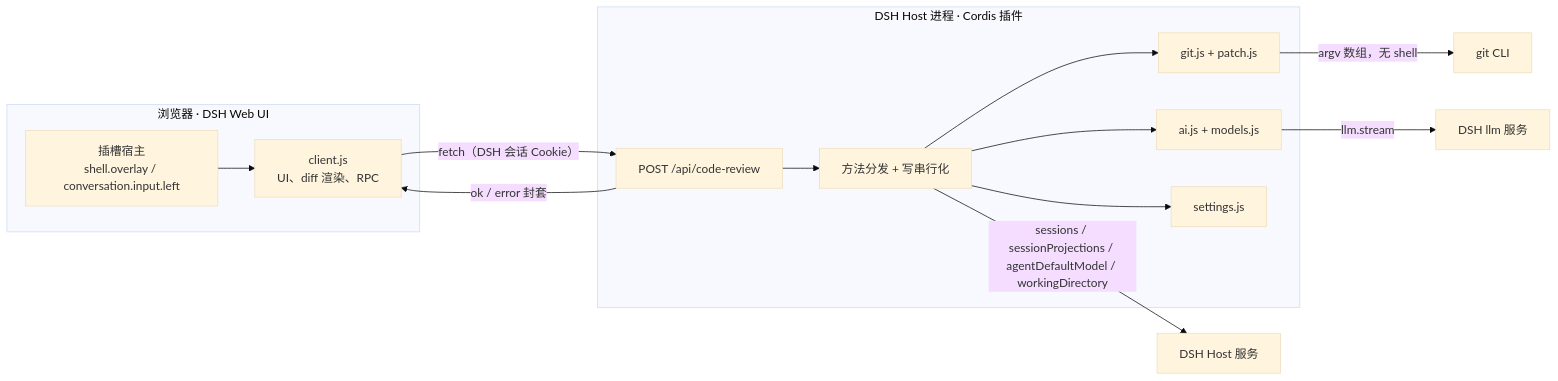
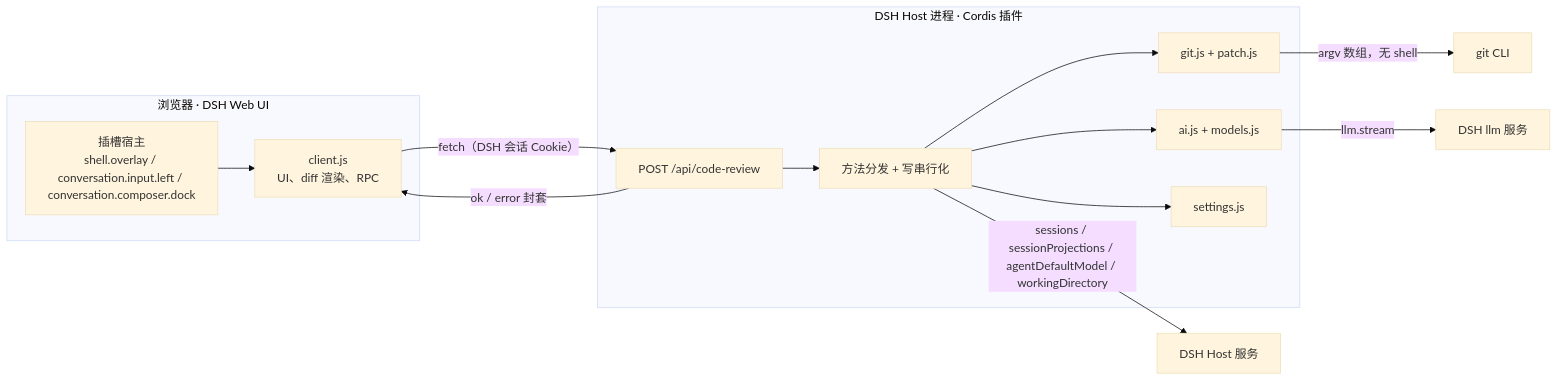
One commit to acanzaima/dsh-code-review changed the first of 3 diagrams in docs/architecture.md. Above: the diagram before and after it, drawn with Mermaid (base theme). The commit also changed other lines of this file and 17 other files, not shown here.

First line of the commit message:
feat(window): move minimized windows into a composer dock split control

````diff
--- a/docs/architecture.md
+++ b/docs/architecture.md
@@ -24,24 +24,24 @@
 ```mermaid
 flowchart LR
     subgraph browser["浏览器 · DSH Web UI"]
-        slots["插槽宿主<br/>shell.overlay / conversation.input.left"]
+        slots["插槽宿主<br/>shell.overlay / conversation.input.left / conversation.composer.dock"]
         client["client.js<br/>UI、diff 渲染、RPC"]
         slots --> client
     end
     subgraph hostproc["DSH Host 进程 · Cordis 插件"]
         route["POST /api/code-review"]
         dispatch["方法分发 + 写串行化"]
         gitengine["git.js + patch.js"]
         classifier["ai.js + models.js"]
         settings["settings.js"]
         route --> dispatch
         dispatch --> gitengine
         dispatch --> classifier
         dispatch --> settings
     end
     client -->|"fetch（DSH 会话 Cookie）"| route
     route -->|"ok / error 封套"| client
     gitengine -->|"argv 数组，无 shell"| gitcli["git CLI"]
     classifier -->|"llm.stream"| llm["DSH llm 服务"]
     dispatch -->|"sessions / sessionProjections / agentDefaultModel / workingDirectory"| services["DSH Host 服务"]
 ```
````
